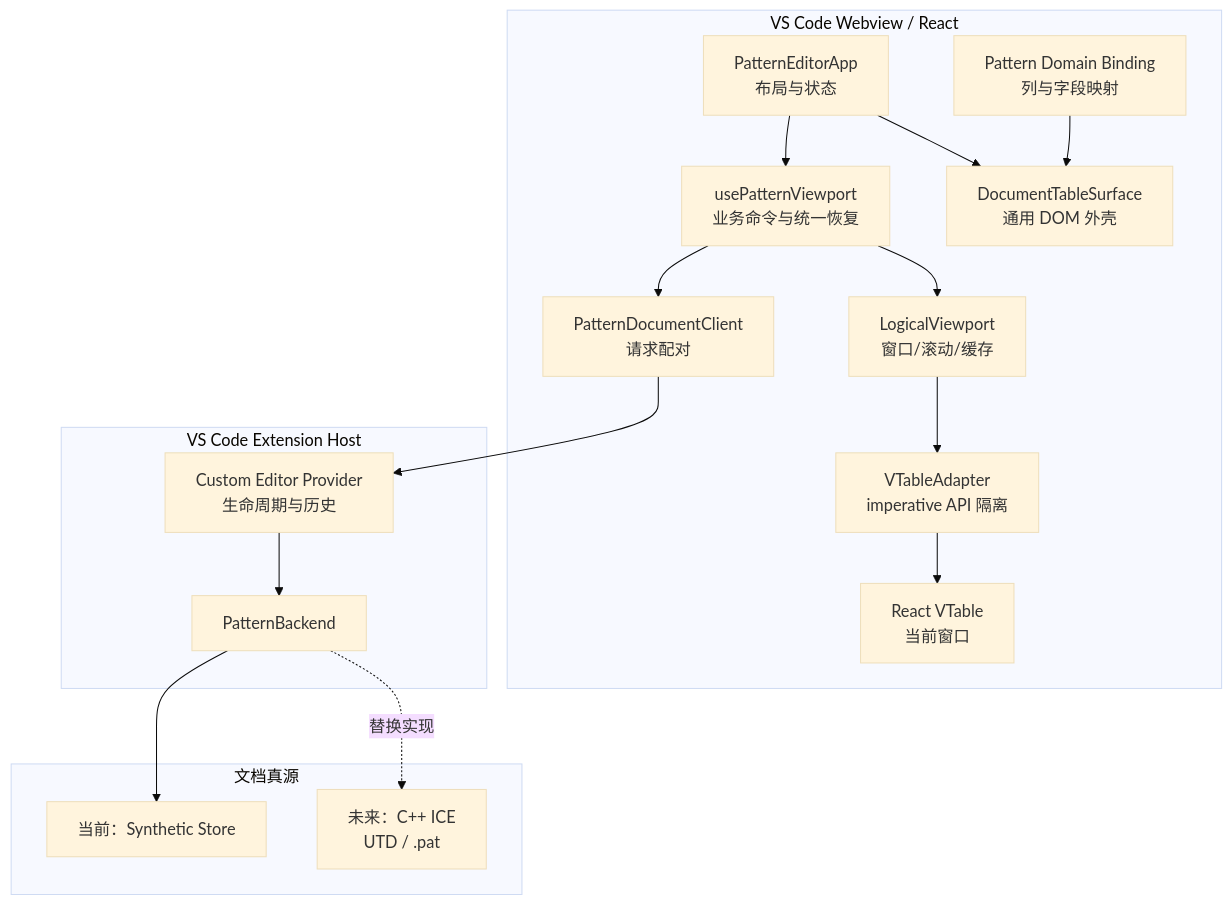
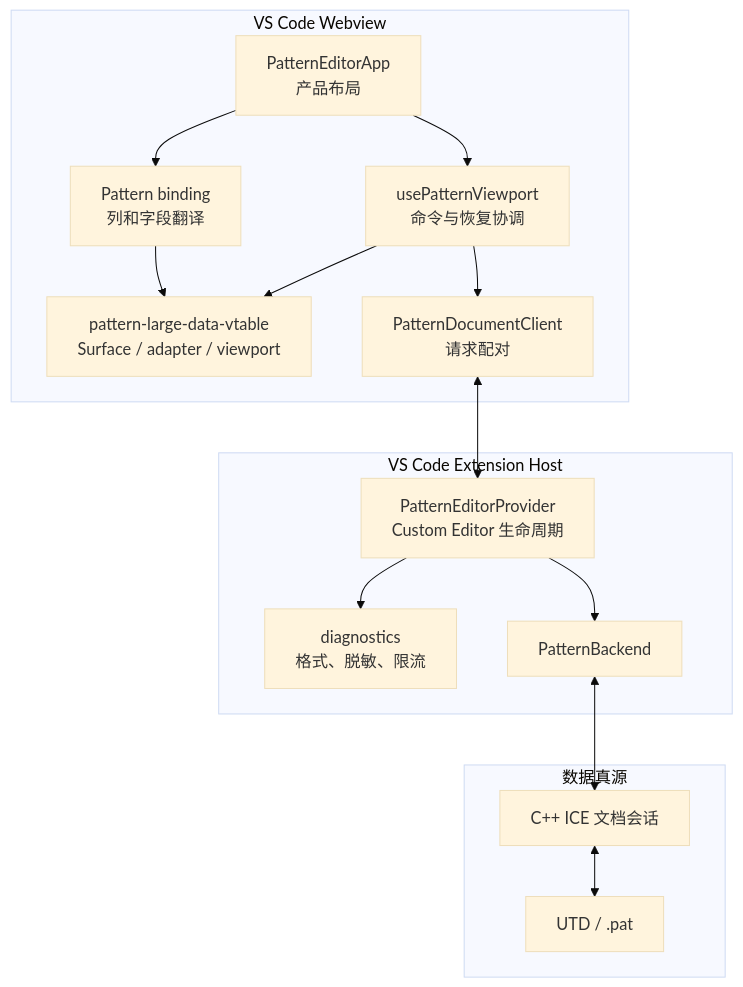
The third of 12 diagrams in docs/v22-lite-markdown-technical-solution.md (a306796405/huge-vtable), drawn with Mermaid (base theme) before and after one commit. The commit also changed other lines of this file and 2 other files, not shown here.

Commit message:
docs: rewrite pattern large data technical solution

````diff
--- a/docs/v22-lite-markdown-technical-solution.md
+++ b/docs/v22-lite-markdown-technical-solution.md
@@ -67,35 +188,32 @@
 ```mermaid
 flowchart TB
-    subgraph Webview["VS Code Webview / React"]
-        App["PatternEditorApp<br/>布局与状态"]
-        Controller["usePatternViewport<br/>业务命令与统一恢复"]
-        Binding["Pattern Domain Binding<br/>列与字段映射"]
-        Surface["DocumentTableSurface<br/>通用 DOM 外壳"]
-        Runtime["LogicalViewport<br/>窗口/滚动/缓存"]
-        Adapter["VTableAdapter<br/>imperative API 隔离"]
-        Table["React VTable<br/>当前窗口"]
+    subgraph Webview["VS Code Webview"]
+        App["PatternEditorApp<br/>产品布局"]
+        Controller["usePatternViewport<br/>命令与恢复协调"]
+        Binding["Pattern binding<br/>列和字段翻译"]
+        Kit["pattern-large-data-vtable<br/>Surface / adapter / viewport"]
         Client["PatternDocumentClient<br/>请求配对"]
     end
 
-    subgraph Host["VS Code Extension Host"]
-        Provider["Custom Editor Provider<br/>生命周期与历史"]
+    subgraph Extension["VS Code Extension Host"]
+        Provider["PatternEditorProvider<br/>Custom Editor 生命周期"]
+        Diagnostics["diagnostics<br/>格式、脱敏、限流"]
         Backend["PatternBackend"]
     end
 
-    subgraph Truth["文档真源"]
-        Ref["当前：Synthetic Store"]
-        CPP["未来：C++ ICE<br/>UTD / .pat"]
+    subgraph Truth["数据真源"]
+        CPP["C++ ICE 文档会话"]
+        File["UTD / .pat"]
     end
 
     App --> Controller
-    App --> Surface
-    Binding --> Surface
-    Controller --> Runtime
-    Runtime --> Adapter
-    Adapter --> Table
+    App --> Binding
+    Binding --> Kit
+    Controller --> Kit
     Controller --> Client
-    Client --> Provider
+    Client <--> Provider
+    Provider --> Diagnostics
     Provider --> Backend
-    Backend --> Ref
-    Backend -.替换实现.-> CPP
+    Backend <--> CPP
+    CPP <--> File
 ```
````
